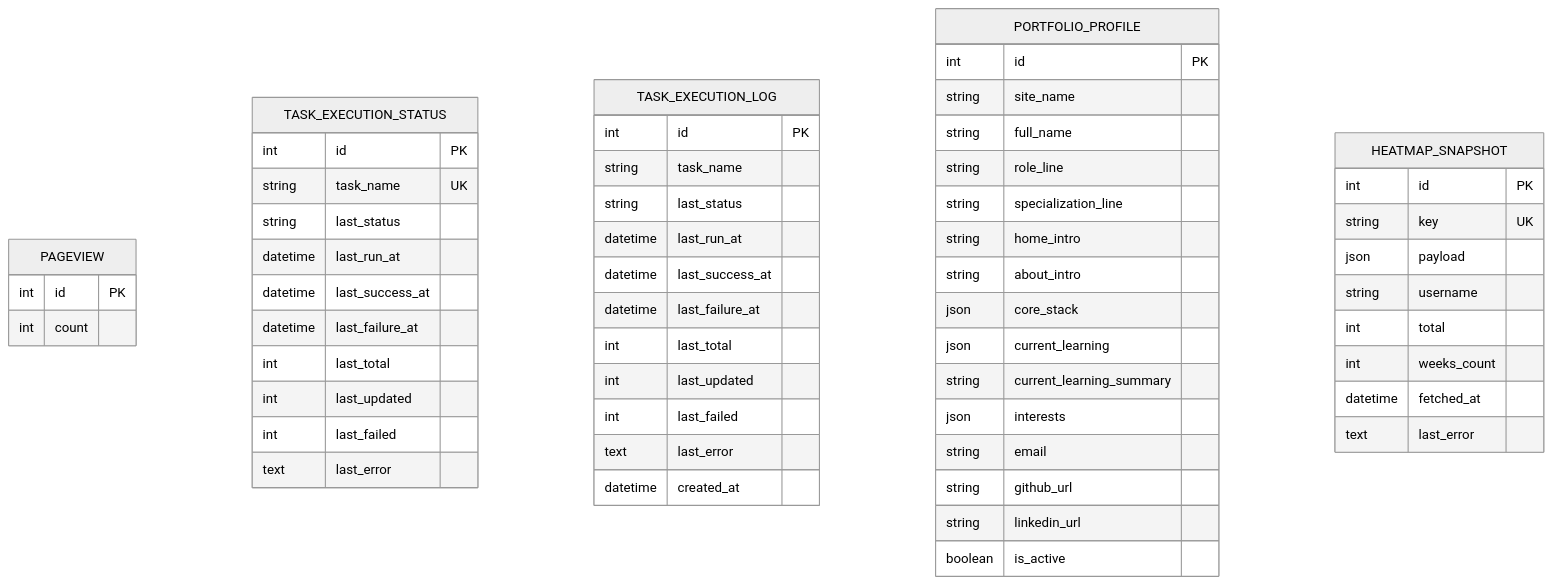
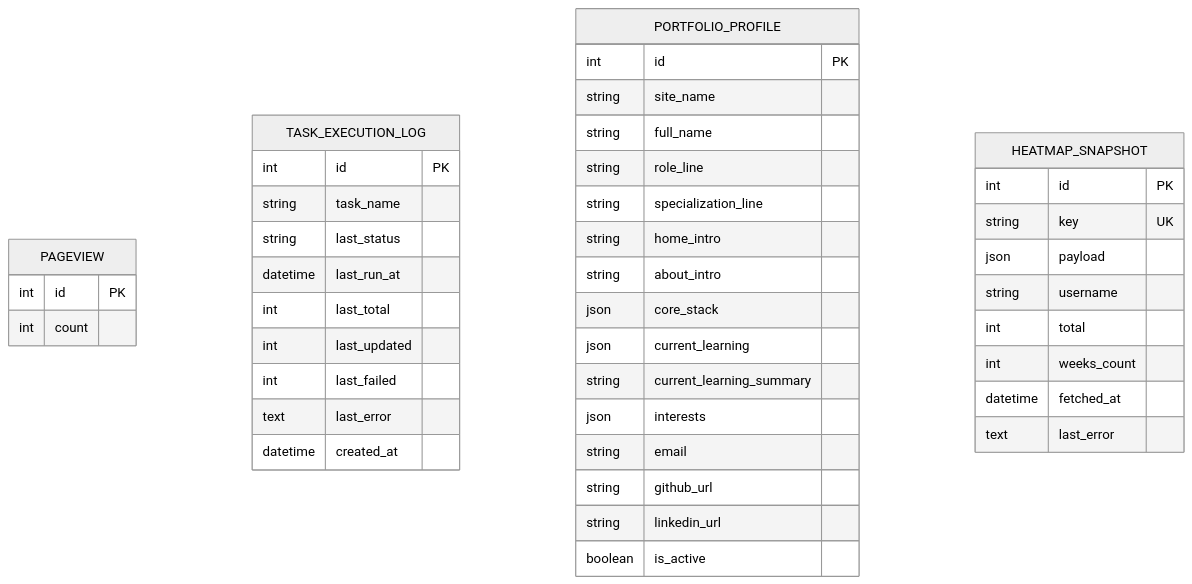
Before and after one commit to stokuj/my-django-portfolio: the second of 4 diagrams in docs/architecture.md, drawn with Mermaid (neutral theme). The commit also changed other lines of this file and 11 other files, not shown here.

First line of the commit message:
refactor: drop TaskExecutionStatus, read latest TaskExecutionLog per task (F-072)

````diff
--- a/docs/architecture.md
+++ b/docs/architecture.md
@@ -45,63 +45,48 @@
 ```mermaid
 erDiagram
     PAGEVIEW {
         int id PK
         int count
     }
 
-    TASK_EXECUTION_STATUS {
-        int id PK
-        string task_name UK
-        string last_status
-        datetime last_run_at
-        datetime last_success_at
-        datetime last_failure_at
-        int last_total
-        int last_updated
-        int last_failed
-        text last_error
-    }
-
     TASK_EXECUTION_LOG {
         int id PK
         string task_name
         string last_status
         datetime last_run_at
-        datetime last_success_at
-        datetime last_failure_at
         int last_total
         int last_updated
         int last_failed
         text last_error
         datetime created_at
     }
 
     PORTFOLIO_PROFILE {
         int id PK
         string site_name
         string full_name
         string role_line
         string specialization_line
         string home_intro
         string about_intro
         json core_stack
         json current_learning
         string current_learning_summary
         json interests
         string email
         string github_url
         string linkedin_url
         boolean is_active
     }
 
     HEATMAP_SNAPSHOT {
         int id PK
         string key UK
         json payload
         string username
         int total
         int weeks_count
         datetime fetched_at
         text last_error
     }
 ```
````
